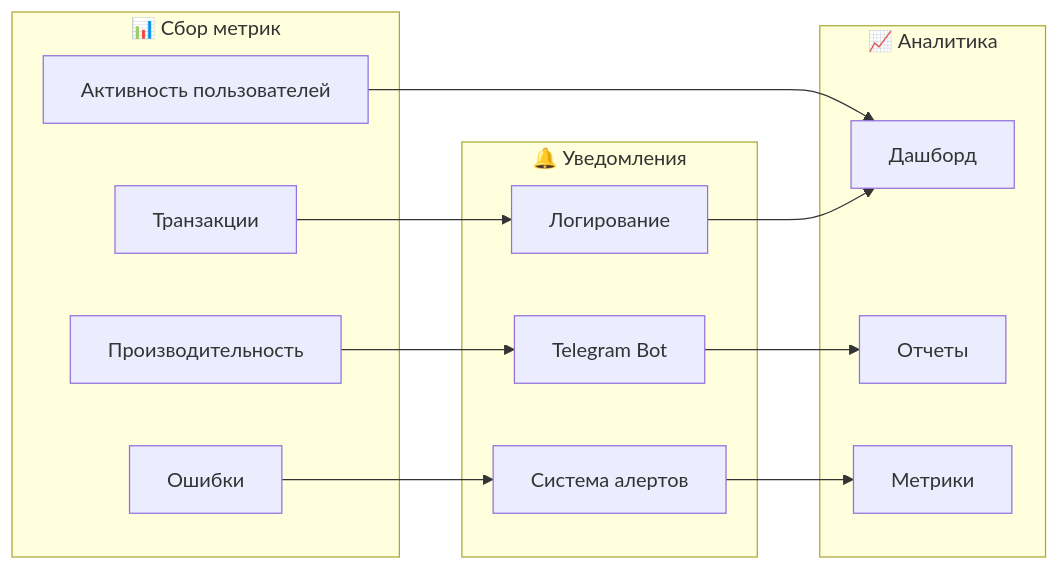
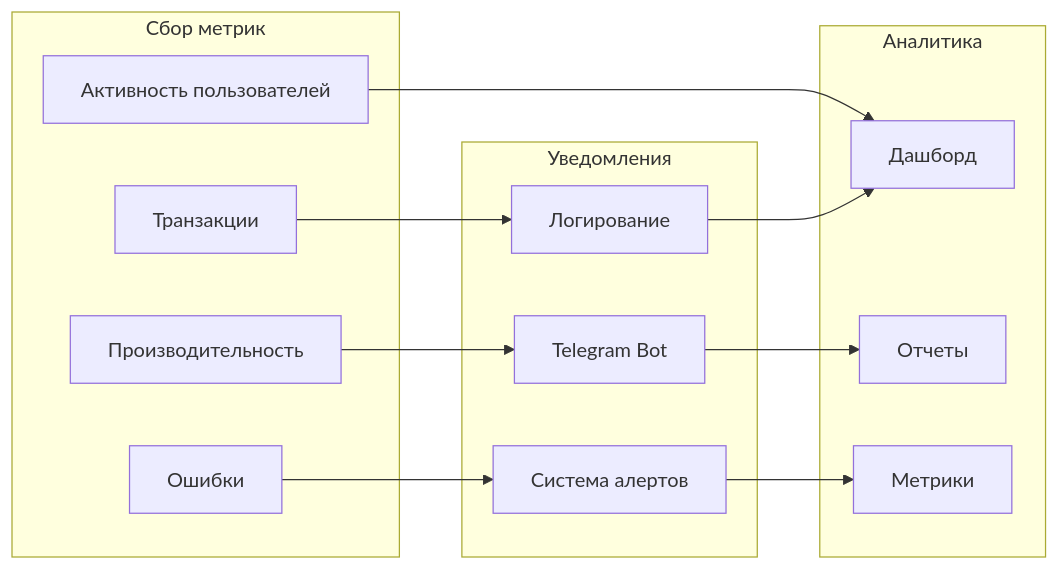
One commit to Thesauros/lending-contracts changed the ninth of 11 diagrams in docs/BUSINESS_LOGIC_GRAPH.md. Above: the diagram before and after it, drawn with Mermaid. The commit also changed other lines of this file and 1 other file, not shown here.

````diff
--- a/docs/BUSINESS_LOGIC_GRAPH.md
+++ b/docs/BUSINESS_LOGIC_GRAPH.md
@@ -330,30 +330,30 @@
 ```mermaid
 graph LR
-    subgraph "📊 Сбор метрик"
+    subgraph " Сбор метрик"
         PERFORMANCE[Производительность]
         ERRORS[Ошибки]
         TRANSACTIONS[Транзакции]
         USER_ACTIVITY[Активность пользователей]
     end
     
-    subgraph "🔔 Уведомления"
+    subgraph " Уведомления"
         TELEGRAM[Telegram Bot]
         ALERTS[Система алертов]
         LOGS[Логирование]
     end
     
-    subgraph "📈 Аналитика"
+    subgraph " Аналитика"
         DASHBOARD[Дашборд]
         REPORTS[Отчеты]
         METRICS[Метрики]
     end
     
     PERFORMANCE --> TELEGRAM
     ERRORS --> ALERTS
     TRANSACTIONS --> LOGS
     USER_ACTIVITY --> DASHBOARD
     
     TELEGRAM --> REPORTS
     ALERTS --> METRICS
     LOGS --> DASHBOARD
 ```
````
